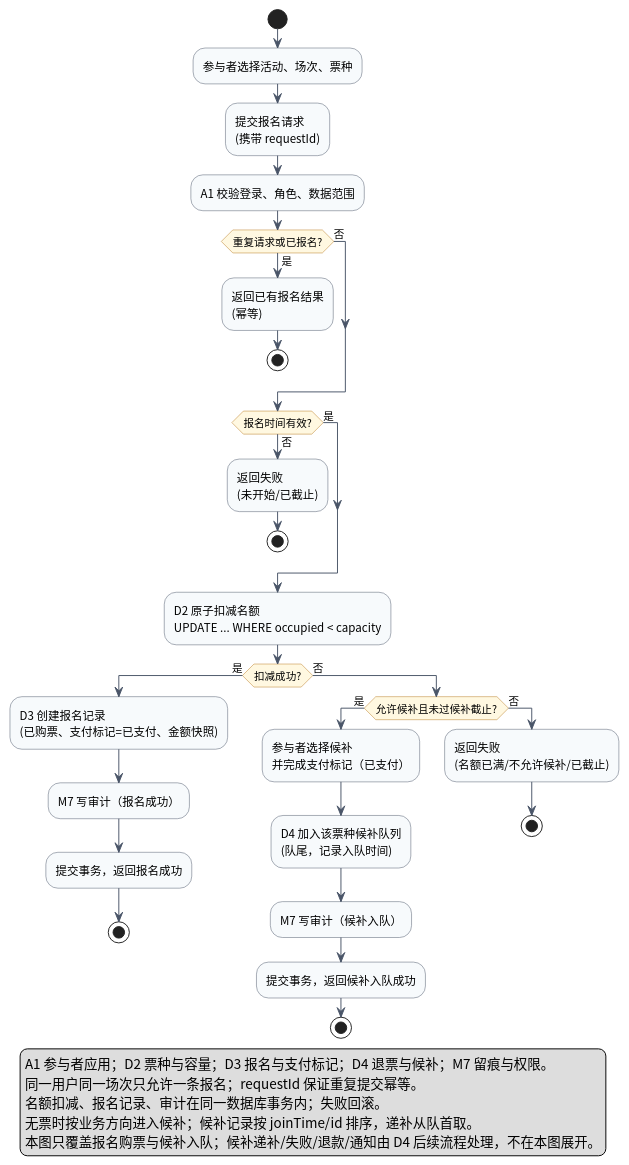
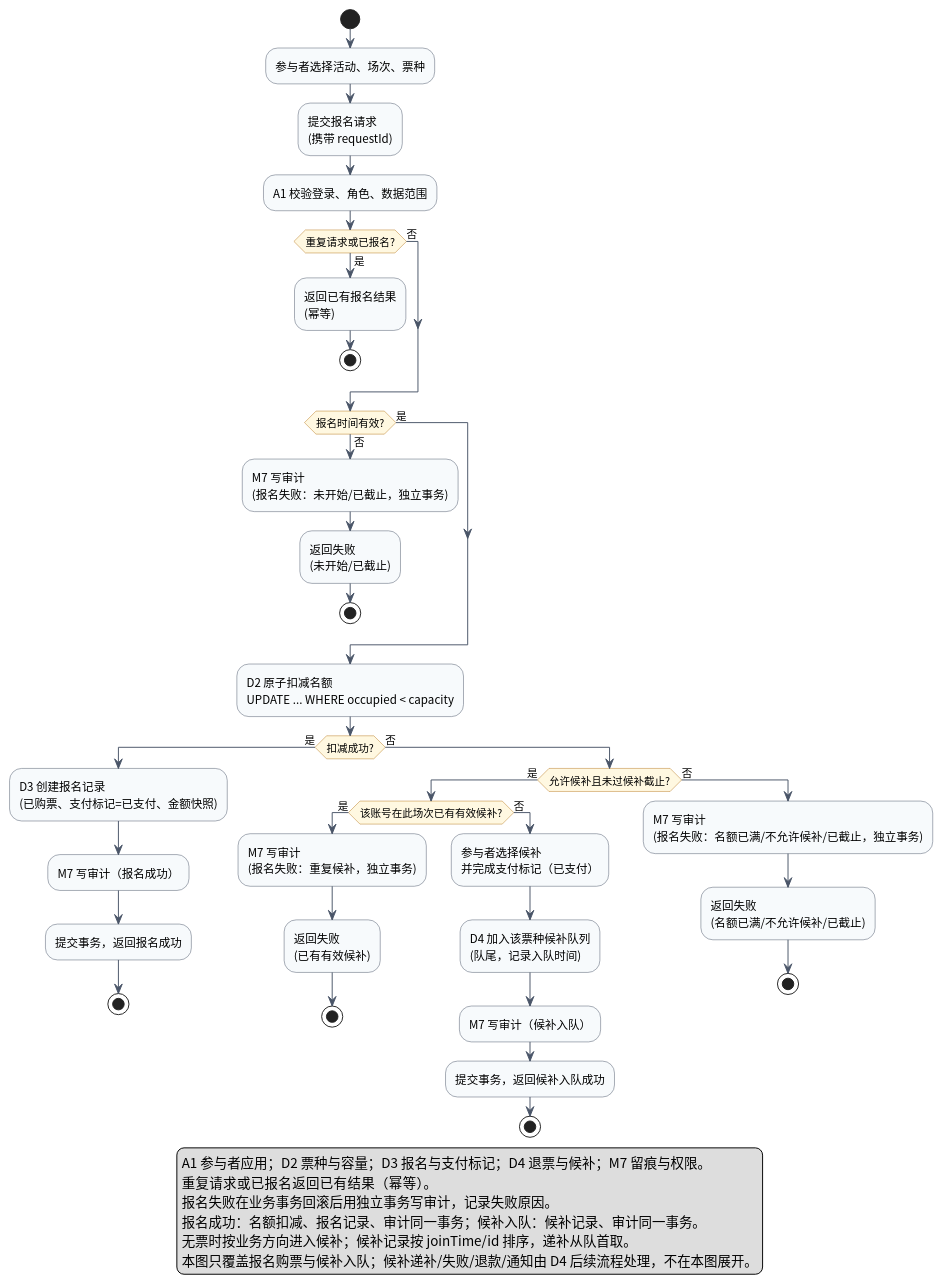
The diagram in lab2/UML/UML活动图_报名购票.puml (Lewis-44-China/se-lab1-requirements), drawn with PlantUML before and after one commit. The commit also changed 13 other files, not shown here.

First line of the commit message:
lab2: 按人工复审更新 UML 设计与报告

```diff
--- a/lab2/UML/UML活动图_报名购票.puml
+++ b/lab2/UML/UML活动图_报名购票.puml
@@ -1,55 +1,64 @@
 @startuml UML活动图_报名购票
 skinparam shadowing false
 skinparam defaultFontName "Noto Sans CJK SC"
 skinparam ArrowColor #4A5568
 skinparam ActivityBackgroundColor #F7FAFC
 skinparam ActivityBorderColor #4A5568
 skinparam ActivityDiamondBackgroundColor #FFF8E1
 skinparam ActivityDiamondBorderColor #B7791F
 skinparam noteBackgroundColor #F7FAFC
 skinparam noteBorderColor #4A5568
 
 start
 :参与者选择活动、场次、票种;
 :提交报名请求\n(携带 requestId);
 :A1 校验登录、角色、数据范围;
 
 if (重复请求或已报名?) then (是)
   :返回已有报名结果\n(幂等);
   stop
 else (否)
 endif
 
 if (报名时间有效?) then (否)
+  :M7 写审计\n(报名失败：未开始/已截止，独立事务);
   :返回失败\n(未开始/已截止);
   stop
 else (是)
 endif
 
 :D2 原子扣减名额\nUPDATE ... WHERE occupied < capacity;
 if (扣减成功?) then (是)
   :D3 创建报名记录\n(已购票、支付标记=已支付、金额快照);
   :M7 写审计（报名成功）;
   :提交事务，返回报名成功;
   stop
 else (否)
   if (允许候补且未过候补截止?) then (是)
-    :参与者选择候补\n并完成支付标记（已支付）;
-    :D4 加入该票种候补队列\n(队尾，记录入队时间);
-    :M7 写审计（候补入队）;
-    :提交事务，返回候补入队成功;
-    stop
+    if (该账号在此场次已有有效候补?) then (是)
+      :M7 写审计\n(报名失败：重复候补，独立事务);
+      :返回失败\n(已有有效候补);
+      stop
+    else (否)
+      :参与者选择候补\n并完成支付标记（已支付）;
+      :D4 加入该票种候补队列\n(队尾，记录入队时间);
+      :M7 写审计（候补入队）;
+      :提交事务，返回候补入队成功;
+      stop
+    endif
   else (否)
+    :M7 写审计\n(报名失败：名额已满/不允许候补/已截止，独立事务);
     :返回失败\n(名额已满/不允许候补/已截止);
     stop
   endif
 endif
 
 legend bottom
   A1 参与者应用；D2 票种与容量；D3 报名与支付标记；D4 退票与候补；M7 留痕与权限。
-  同一用户同一场次只允许一条报名；requestId 保证重复提交幂等。
-  名额扣减、报名记录、审计在同一数据库事务内；失败回滚。
+  重复请求或已报名返回已有结果（幂等）。
+  报名失败在业务事务回滚后用独立事务写审计，记录失败原因。
+  报名成功：名额扣减、报名记录、审计同一事务；候补入队：候补记录、审计同一事务。
   无票时按业务方向进入候补；候补记录按 joinTime/id 排序，递补从队首取。
   本图只覆盖报名购票与候补入队；候补递补/失败/退款/通知由 D4 后续流程处理，不在本图展开。
 endlegend
 @enduml
```
